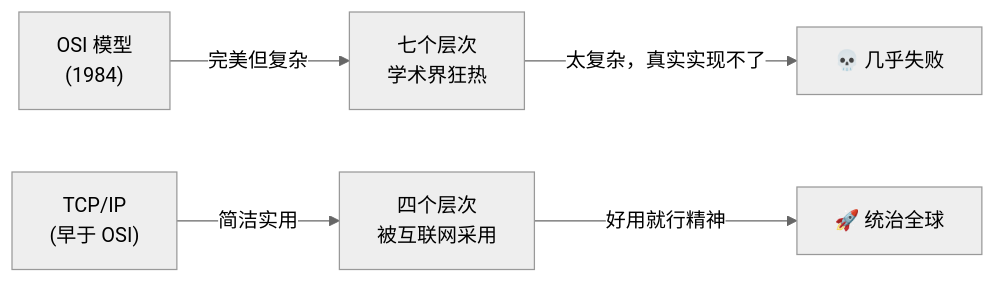
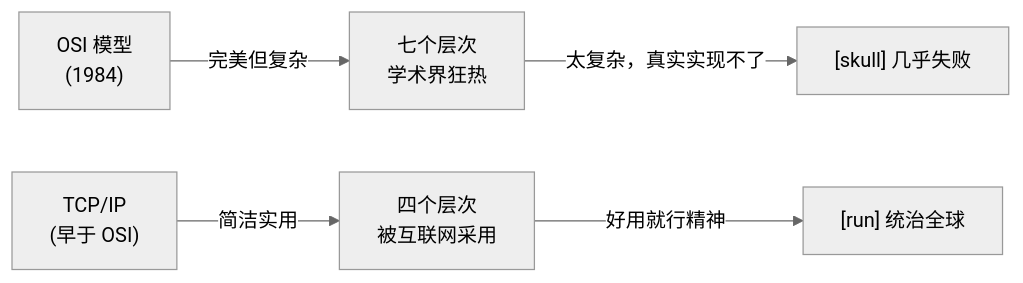
The first of 18 diagrams in docs/guide/basics/tcpip.md (SKT-Shurima/NetworkMastery), drawn with Mermaid (neutral theme) before and after one commit. The commit also changed other lines of this file and 26 other files, not shown here.

````diff
--- a/docs/guide/basics/tcpip.md
+++ b/docs/guide/basics/tcpip.md
@@ -35,8 +35,8 @@
 ```mermaid
 graph LR
     A["OSI 模型<br/>(1984)"] -->|完美但复杂| B["七个层次<br/>学术界狂热"]
     C["TCP/IP<br/>(早于 OSI)"] -->|简洁实用| D["四个层次<br/>被互联网采用"]
     
-    B -->|太复杂，真实实现不了| E["💀 几乎失败"]
-    D -->|"好用就行"精神| F["🚀 统治全球"]
+    B -->|太复杂，真实实现不了| E["[skull] 几乎失败"]
+    D -->|"好用就行"精神| F["[run] 统治全球"]
 ```
````
